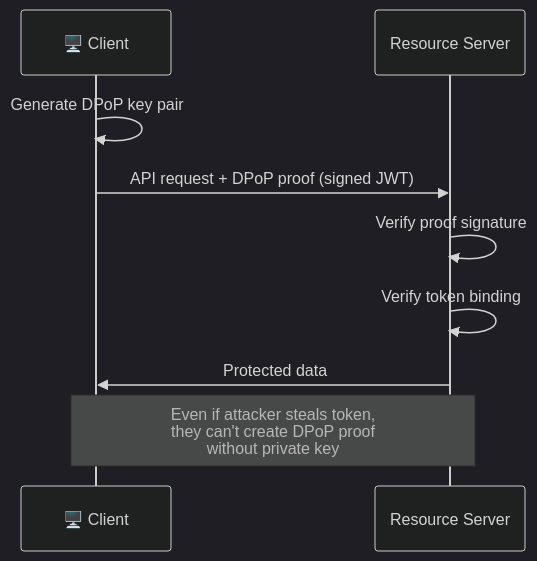
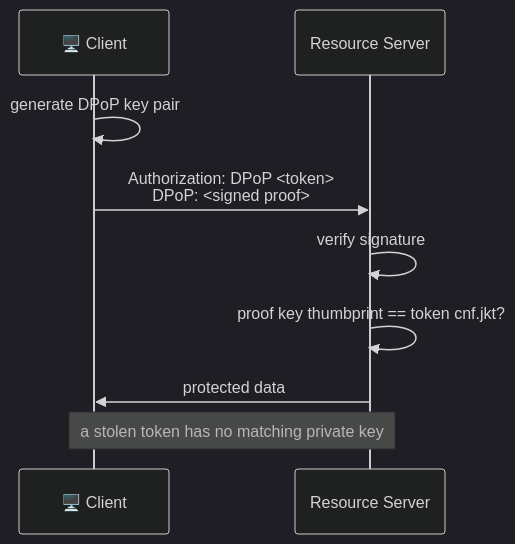
The fourth of 7 diagrams in docs/FAPI-TUTORIAL.md (blackadi/OAUTH2.0), drawn with Mermaid before and after one commit. The commit also changed other lines of this file and 1 other file, not shown here.

First line of the commit message:
docs(fapi): rewrite the tutorial around the flow that now works

````diff
--- a/docs/FAPI-TUTORIAL.md
+++ b/docs/FAPI-TUTORIAL.md
@@ -170,14 +142,12 @@
 ```mermaid
 %%{init: {'theme': 'dark'}}%%
 sequenceDiagram
     participant C as 🖥️ Client
     participant RS as Resource Server
-
-    C->>C: Generate DPoP key pair
-    C->>RS: API request + DPoP proof (signed JWT)
-    RS->>RS: Verify proof signature
-    RS->>RS: Verify token binding
-    RS->>C: Protected data
-
-    Note over C,RS: Even if attacker steals token,<br/>they can't create DPoP proof<br/>without private key
+    C->>C: generate DPoP key pair
+    C->>RS: Authorization: DPoP <token><br/>DPoP: <signed proof>
+    RS->>RS: verify signature
+    RS->>RS: proof key thumbprint == token cnf.jkt?
+    RS->>C: protected data
+    Note over C,RS: a stolen token has no matching private key
 ```
````
